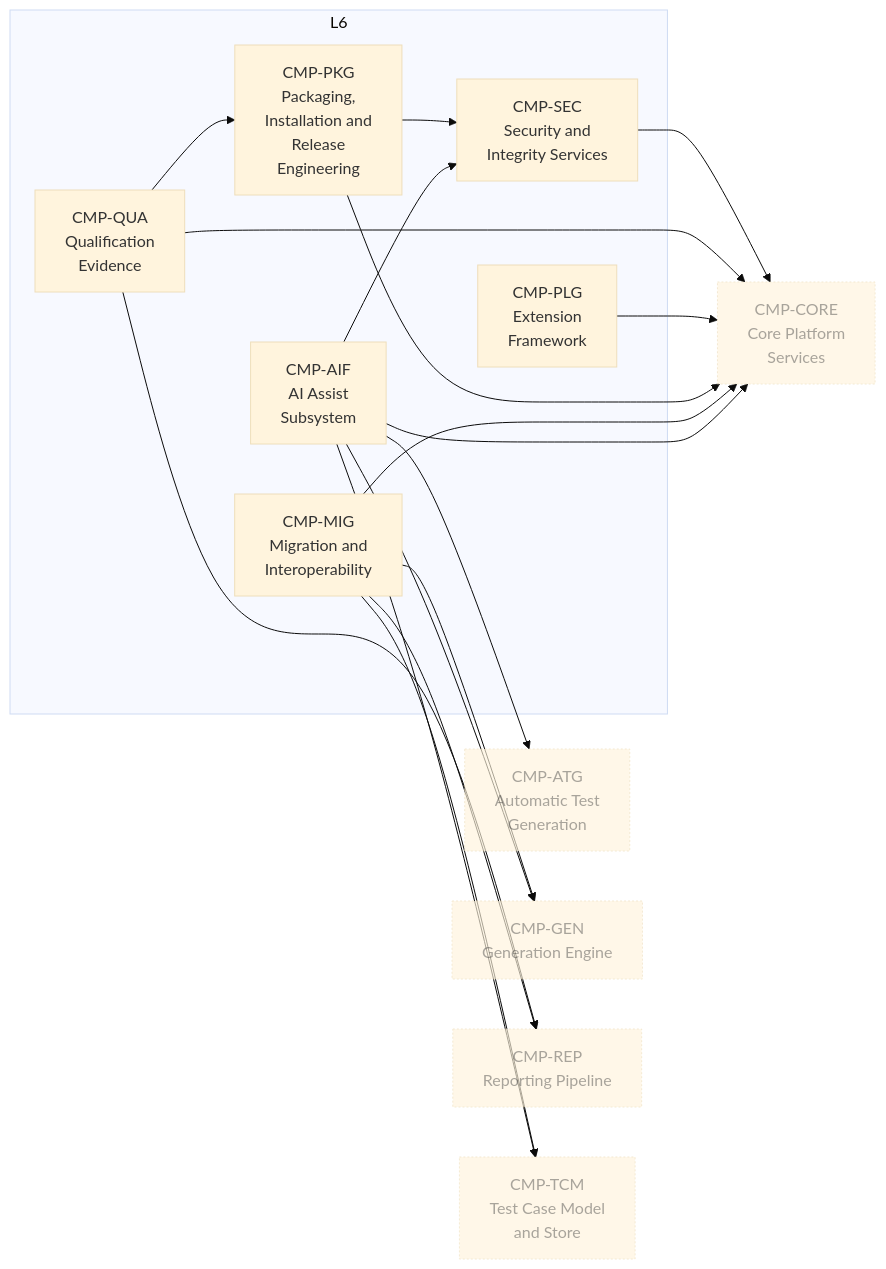
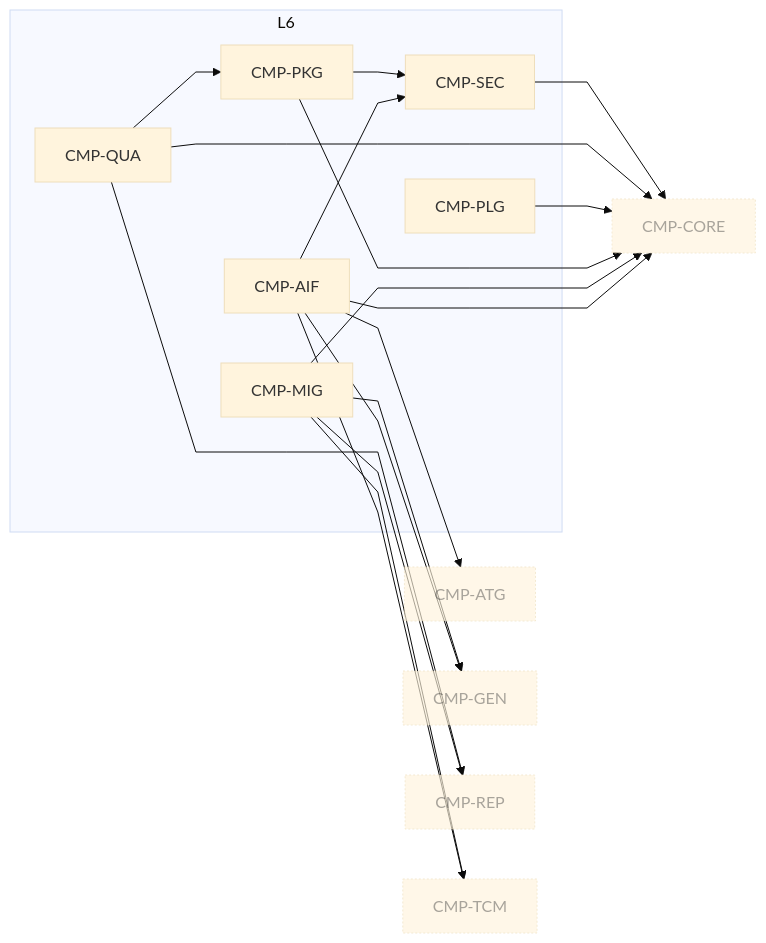
One commit to suduli/embedded-c-unit-test-tool changed the ninth of 9 diagrams in design/architecture-diagrams.md. Above: the diagram before and after it, drawn with Mermaid (base theme). The commit also changed other lines of this file and 11 other files, not shown here.

First line of the commit message:
Fix non-uniform boxes and curved edges in the Mermaid diagrams; drop D2

````diff
--- a/design/architecture-diagrams.md
+++ b/design/architecture-diagrams.md
@@ -328,34 +365,35 @@
 ```mermaid
+%%{init: {'flowchart': {'curve': 'linear'}}}%%
 flowchart LR
   subgraph L6["L6"]
-    CMP_AIF["CMP-AIF<br/>AI Assist<br/>Subsystem"]
-    CMP_MIG["CMP-MIG<br/>Migration and<br/>Interoperability"]
-    CMP_PKG["CMP-PKG<br/>Packaging,<br/>Installation and<br/>Release<br/>Engineering"]
-    CMP_PLG["CMP-PLG<br/>Extension<br/>Framework"]
-    CMP_QUA["CMP-QUA<br/>Qualification<br/>Evidence"]
-    CMP_SEC["CMP-SEC<br/>Security and<br/>Integrity Services"]
+    CMP_AIF["CMP-AIF"]
+    CMP_MIG["CMP-MIG"]
+    CMP_PKG["CMP-PKG"]
+    CMP_PLG["CMP-PLG"]
+    CMP_QUA["CMP-QUA"]
+    CMP_SEC["CMP-SEC"]
   end
-  CMP_ATG["CMP-ATG<br/>Automatic Test<br/>Generation"]
-  CMP_CORE["CMP-CORE<br/>Core Platform<br/>Services"]
-  CMP_GEN["CMP-GEN<br/>Generation Engine"]
-  CMP_REP["CMP-REP<br/>Reporting Pipeline"]
-  CMP_TCM["CMP-TCM<br/>Test Case Model<br/>and Store"]
+  CMP_ATG["CMP-ATG"]
+  CMP_CORE["CMP-CORE"]
+  CMP_GEN["CMP-GEN"]
+  CMP_REP["CMP-REP"]
+  CMP_TCM["CMP-TCM"]
   CMP_AIF --> CMP_ATG
   CMP_AIF --> CMP_CORE
   CMP_AIF --> CMP_GEN
   CMP_AIF --> CMP_SEC
   CMP_AIF --> CMP_TCM
   CMP_MIG --> CMP_CORE
   CMP_MIG --> CMP_GEN
   CMP_MIG --> CMP_REP
   CMP_MIG --> CMP_TCM
   CMP_PKG --> CMP_CORE
   CMP_PKG --> CMP_SEC
   CMP_PLG --> CMP_CORE
   CMP_QUA --> CMP_CORE
   CMP_QUA --> CMP_PKG
   CMP_QUA --> CMP_REP
   CMP_SEC --> CMP_CORE
   classDef ext stroke-dasharray:2 2,opacity:0.65
   class CMP_ATG,CMP_CORE,CMP_GEN,CMP_REP,CMP_TCM ext
 ```
````
